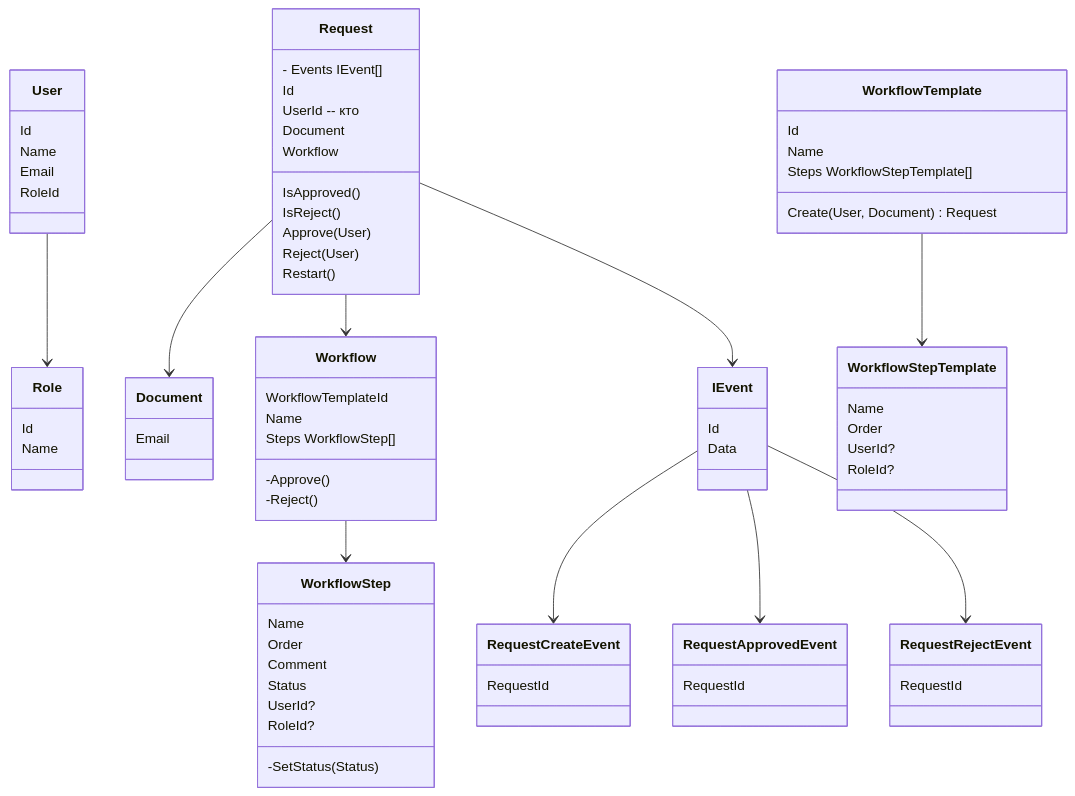
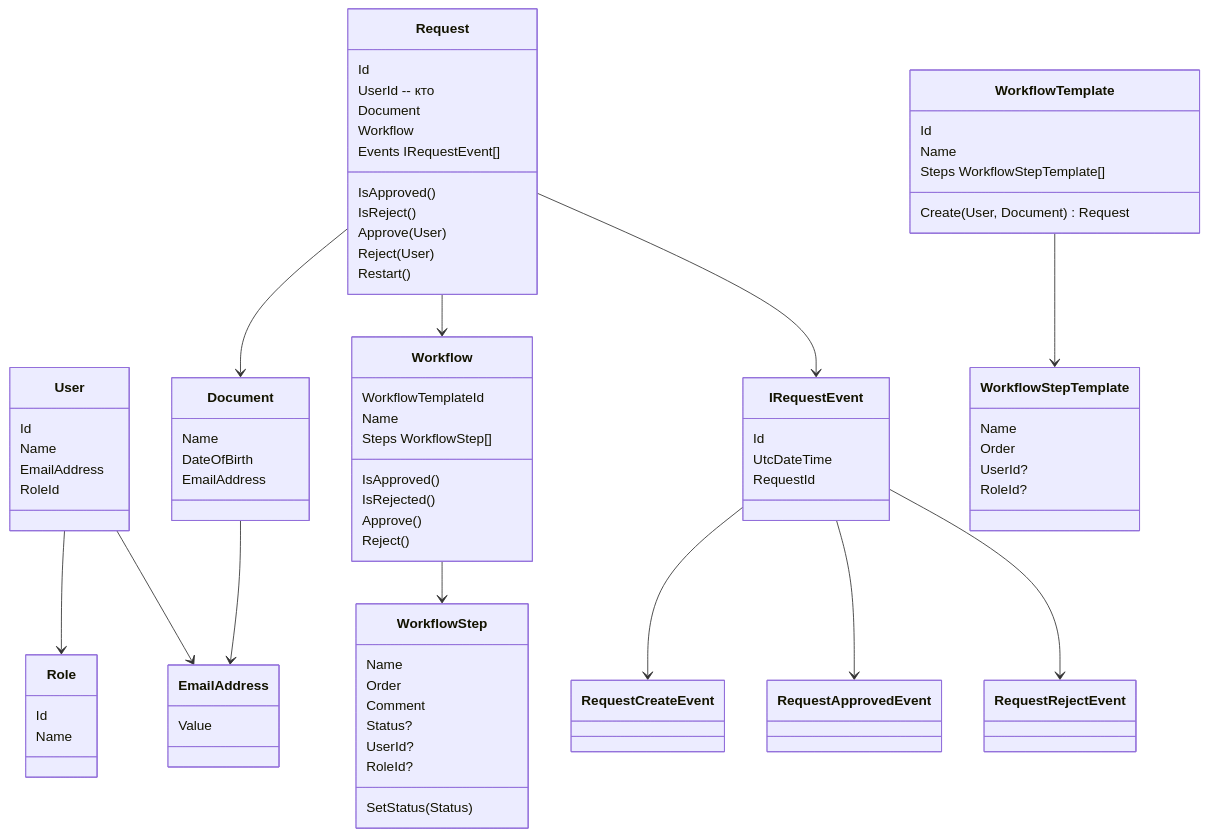
The diagram in README.md (tarioma/Interviews), drawn with Mermaid before and after one commit.

````diff
--- a/README.md
+++ b/README.md
@@ -1,68 +1,81 @@
 ```mermaid
 classDiagram
     User --> Role
+    User --> EmailAddress
     Request --> Document
     Request --> Workflow
-    Request --> IEvent
-    IEvent --> RequestCreateEvent
-    IEvent --> RequestApprovedEvent
-    IEvent --> RequestRejectEvent
+    Request --> IRequestEvent
+    Document --> EmailAddress
+    IRequestEvent --> RequestCreateEvent
+    IRequestEvent --> RequestApprovedEvent
+    IRequestEvent --> RequestRejectEvent
     Workflow --> WorkflowStep
     WorkflowTemplate --> WorkflowStepTemplate
 
     class User{
         Id
         Name
-        Email
+        EmailAddress
         RoleId
     }
     class Role{
         Id
         Name
     }
+    class EmailAddress{
+        Value
+    }
     class Request{
-        - Events IEvent[]
         Id
         UserId -- кто
         Document 
         Workflow
+        Events IRequestEvent[]
+        
         IsApproved()
         IsReject()
         Approve(User)
         Reject(User)
         Restart()
     }
-    class IEvent{
+    class IRequestEvent{
         Id
-        Data
+        UtcDateTime
+        RequestId
     }
     class RequestCreateEvent{
-        RequestId
+        
     }
     class RequestApprovedEvent{
-        RequestId
+        
     }
     class RequestRejectEvent{
-        RequestId
+        
     }
     class Document{
-        Email
+        Name
+        DateOfBirth
+        EmailAddress
     }
     class Workflow{
         WorkflowTemplateId
         Name
         Steps WorkflowStep[]
-        -Approve()
-        -Reject()
+        
+        IsApproved()
+        IsRejected()
+        Approve()
+        Reject()
     }
     class WorkflowStep{
         Name
         Order
         Comment
-        Status
+        Status?
         UserId?
         RoleId?
-        -SetStatus(Status)
+        
+        SetStatus(Status)
     }
     class WorkflowTemplate{
         Id
````
